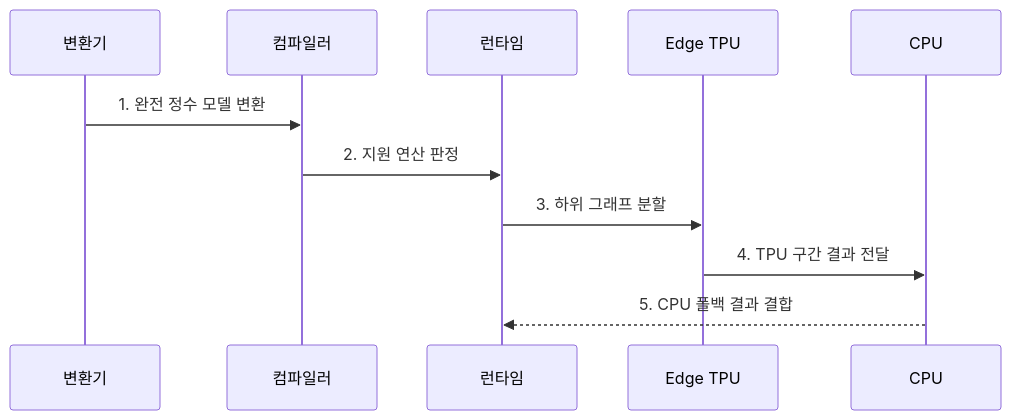
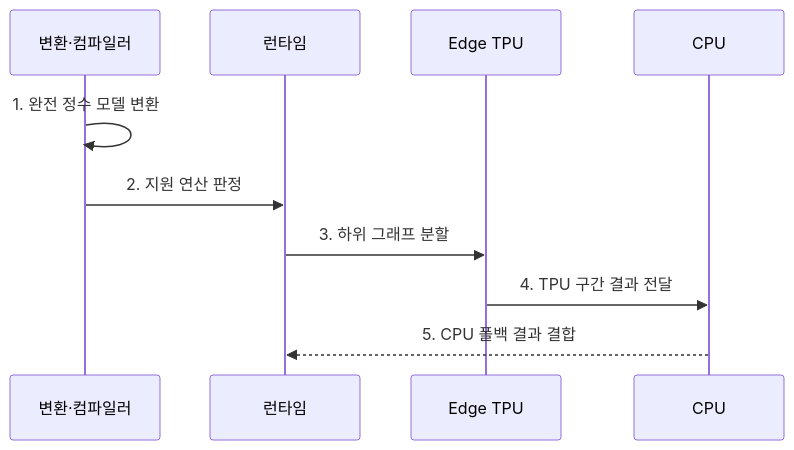
The second of 2 diagrams in src/content/docs/notes/08-latest-tech/053_edge_tpu.md (agnusdei1207/knowledge-base), drawn with Mermaid before and after one commit. The commit also changed 9 other files, not shown here.

Commit message:
Simplify AI system flow participants

````diff
--- a/src/content/docs/notes/08-latest-tech/053_edge_tpu.md
+++ b/src/content/docs/notes/08-latest-tech/053_edge_tpu.md
@@ -104,13 +104,12 @@
 ```mermaid
 sequenceDiagram
-    participant Q as 변환기
-    participant C as 컴파일러
+    participant C as 변환·컴파일러
     participant R as 런타임
     participant T as Edge TPU
     participant P as CPU
-    Q->>C: 1. 완전 정수 모델 변환
+    C->>C: 1. 완전 정수 모델 변환
     C->>R: 2. 지원 연산 판정
     R->>T: 3. 하위 그래프 분할
     T->>P: 4. TPU 구간 결과 전달
     P-->>R: 5. CPU 폴백 결과 결합
 ```
````
